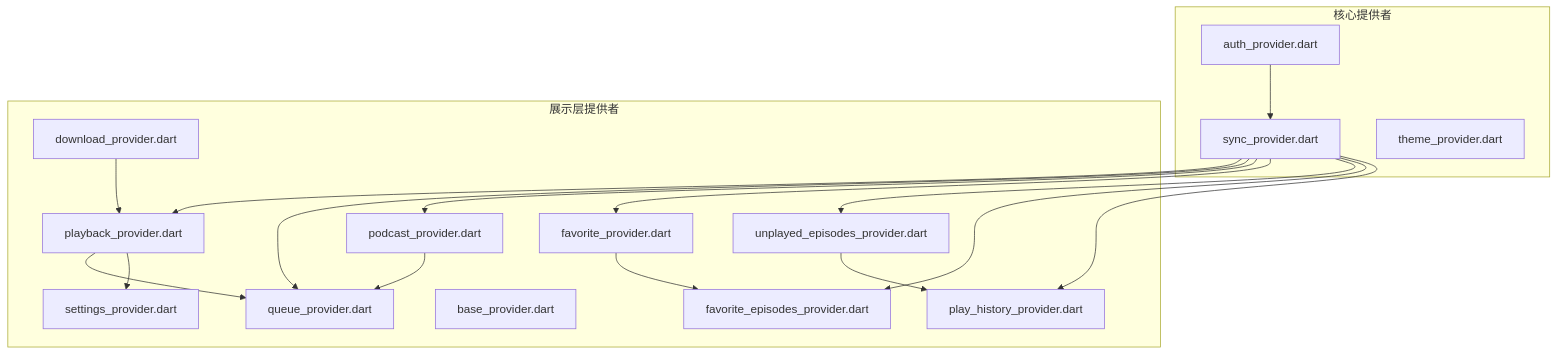
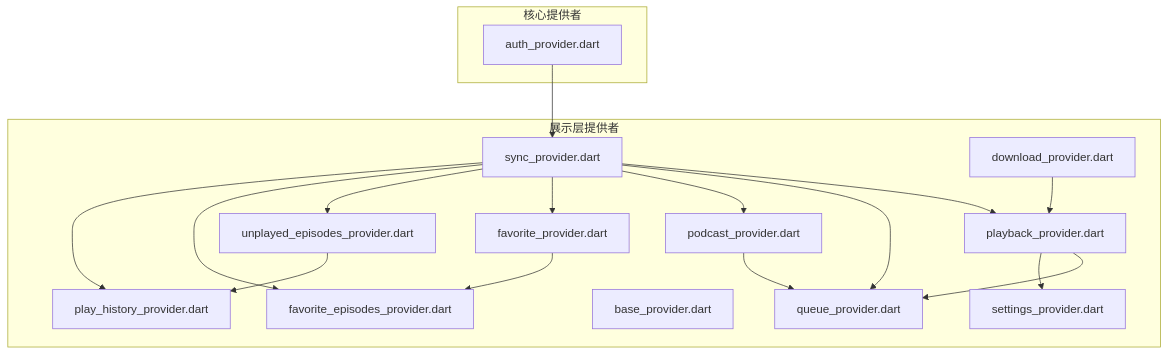
The first of 9 diagrams in .qoder/repowiki/zh/content/架构设计/设计模式应用/Provider Pattern（提供者模式）/Provider Pattern（提供者模式）.md (ZTfer/Tinycast), drawn with Mermaid before and after one commit. The commit also changed other lines of this file and 34 other files, not shown here.

````diff
--- a/.qoder/repowiki/zh/content/架构设计/设计模式应用/Provider Pattern（提供者模式）/Provider Pattern（提供者模式）.md
+++ b/.qoder/repowiki/zh/content/架构设计/设计模式应用/Provider Pattern（提供者模式）/Provider Pattern（提供者模式）.md
@@ -53,34 +54,33 @@
 ```mermaid
 graph TB
 subgraph "核心提供者"
 A["auth_provider.dart"]
-B["sync_provider.dart"]
-C["theme_provider.dart"]
 end
 subgraph "展示层提供者"
+B["sync_provider.dart"]
 D["playback_provider.dart"]
 E["podcast_provider.dart"]
 F["download_provider.dart"]
 G["queue_provider.dart"]
 H["settings_provider.dart"]
 I["base_provider.dart"]
 J["favorite_provider.dart"]
 K["unplayed_episodes_provider.dart"]
 L["favorite_episodes_provider.dart"]
 M["play_history_provider.dart"]
 end
 A --> B
 B --> D
 B --> G
 B --> E
 B --> J
 B --> K
 B --> L
 B --> M
 D --> G
 D --> H
 F --> D
 E --> G
 J --> L
 K --> M
 ```
````
